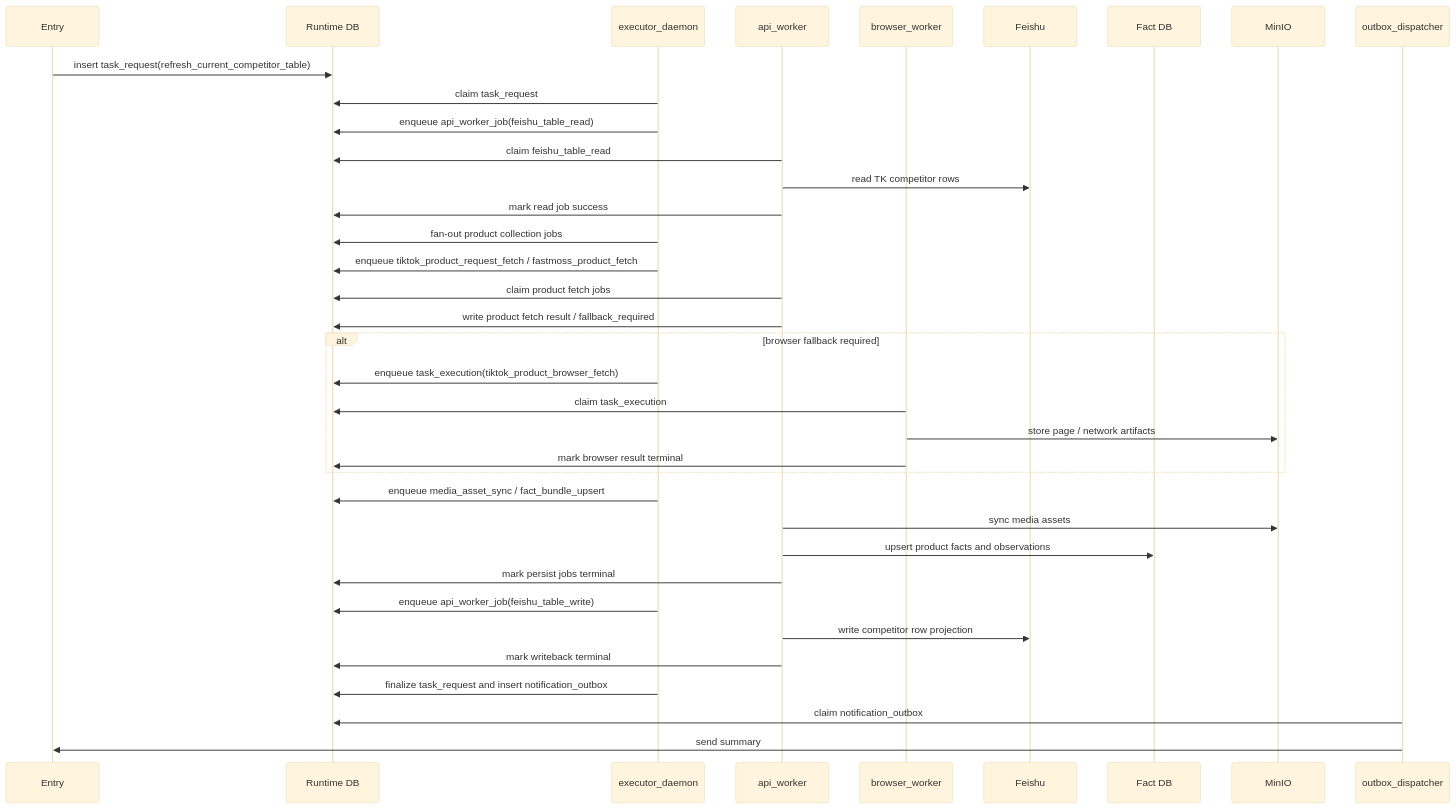
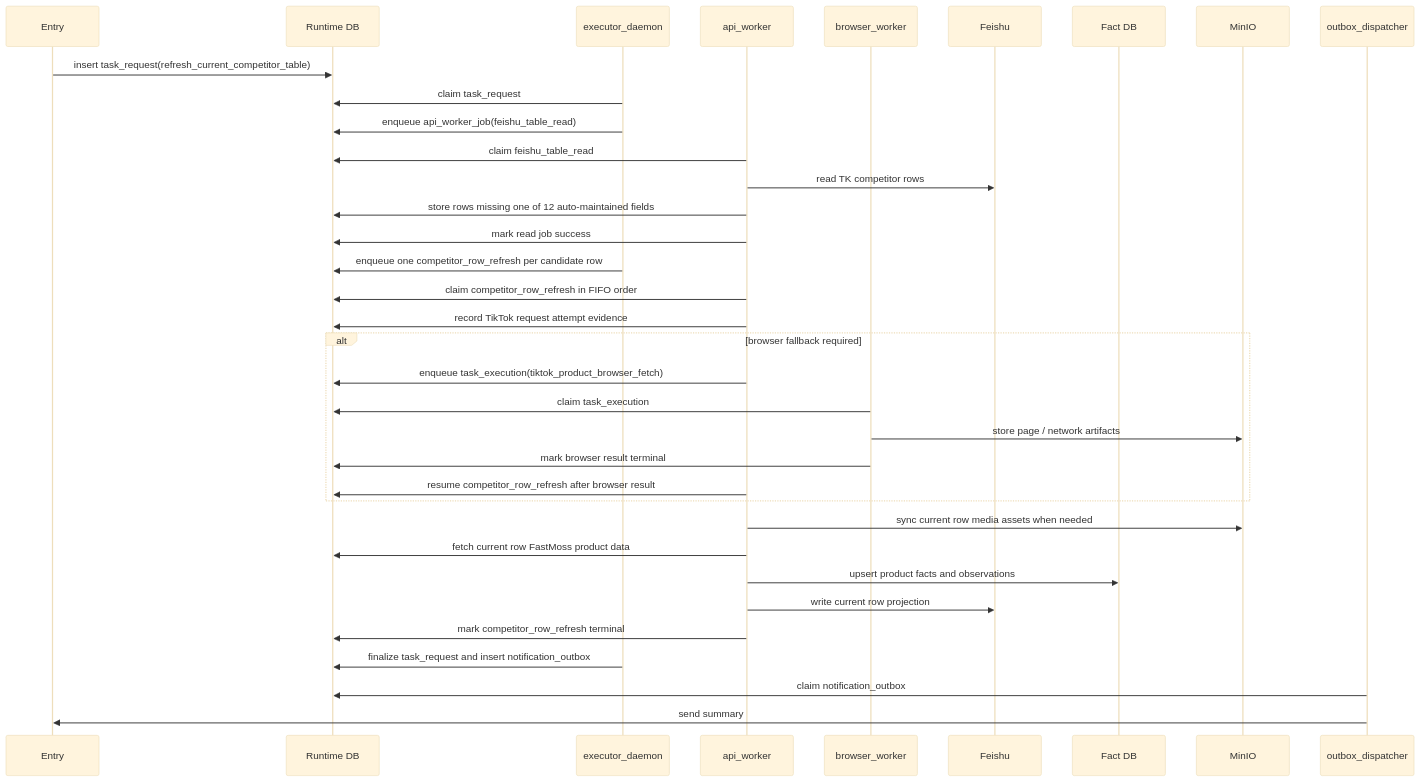
Before and after one commit to knighterrantsky/mujitask: the second of 5 diagrams in docs/arch/workflow-competitor-table-design.md, drawn with Mermaid (base theme). The commit also changed other lines of this file and 36 other files, not shown here.

Commit message:
Implement competitor row refresh pipeline

````diff
--- a/docs/arch/workflow-competitor-table-design.md
+++ b/docs/arch/workflow-competitor-table-design.md
@@ -82,39 +141,38 @@
 ```mermaid
 sequenceDiagram
     participant Entry as Entry
     participant DB as Runtime DB
     participant Exec as executor_daemon
     participant API as api_worker
     participant Browser as browser_worker
     participant Feishu as Feishu
     participant Fact as Fact DB
     participant Obj as MinIO
     participant Outbox as outbox_dispatcher
 
     Entry->>DB: insert task_request(refresh_current_competitor_table)
     Exec->>DB: claim task_request
     Exec->>DB: enqueue api_worker_job(feishu_table_read)
     API->>DB: claim feishu_table_read
     API->>Feishu: read TK competitor rows
+    API->>DB: store rows missing one of 12 auto-maintained fields
     API->>DB: mark read job success
-    Exec->>DB: fan-out product collection jobs
-    Exec->>DB: enqueue tiktok_product_request_fetch / fastmoss_product_fetch
-    API->>DB: claim product fetch jobs
-    API->>DB: write product fetch result / fallback_required
+    Exec->>DB: enqueue one competitor_row_refresh per candidate row
+    API->>DB: claim competitor_row_refresh in FIFO order
+    API->>DB: record TikTok request attempt evidence
     alt browser fallback required
-        Exec->>DB: enqueue task_execution(tiktok_product_browser_fetch)
+        API->>DB: enqueue task_execution(tiktok_product_browser_fetch)
         Browser->>DB: claim task_execution
         Browser->>Obj: store page / network artifacts
         Browser->>DB: mark browser result terminal
+        API->>DB: resume competitor_row_refresh after browser result
     end
-    Exec->>DB: enqueue media_asset_sync / fact_bundle_upsert
-    API->>Obj: sync media assets
+    API->>Obj: sync current row media assets when needed
+    API->>DB: fetch current row FastMoss product data
     API->>Fact: upsert product facts and observations
-    API->>DB: mark persist jobs terminal
-    Exec->>DB: enqueue api_worker_job(feishu_table_write)
-    API->>Feishu: write competitor row projection
-    API->>DB: mark writeback terminal
+    API->>Feishu: write current row projection
+    API->>DB: mark competitor_row_refresh terminal
     Exec->>DB: finalize task_request and insert notification_outbox
     Outbox->>DB: claim notification_outbox
     Outbox->>Entry: send summary
 ```
````
